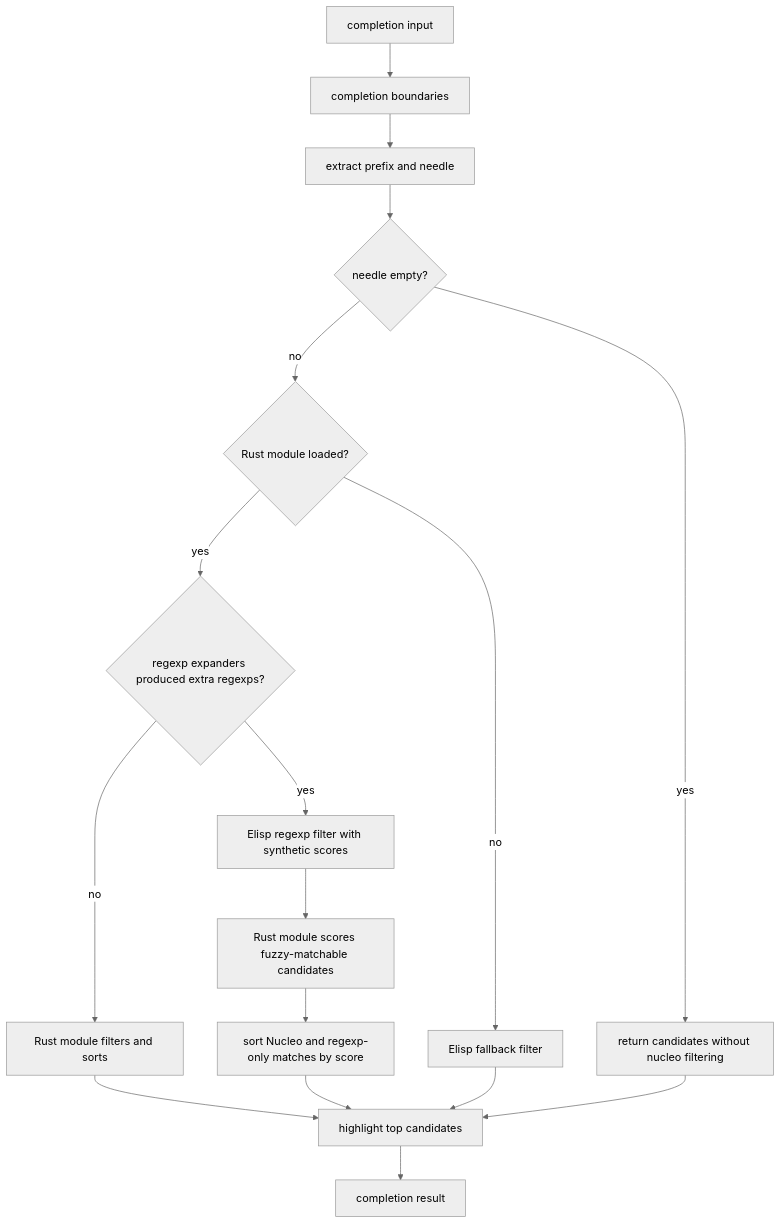
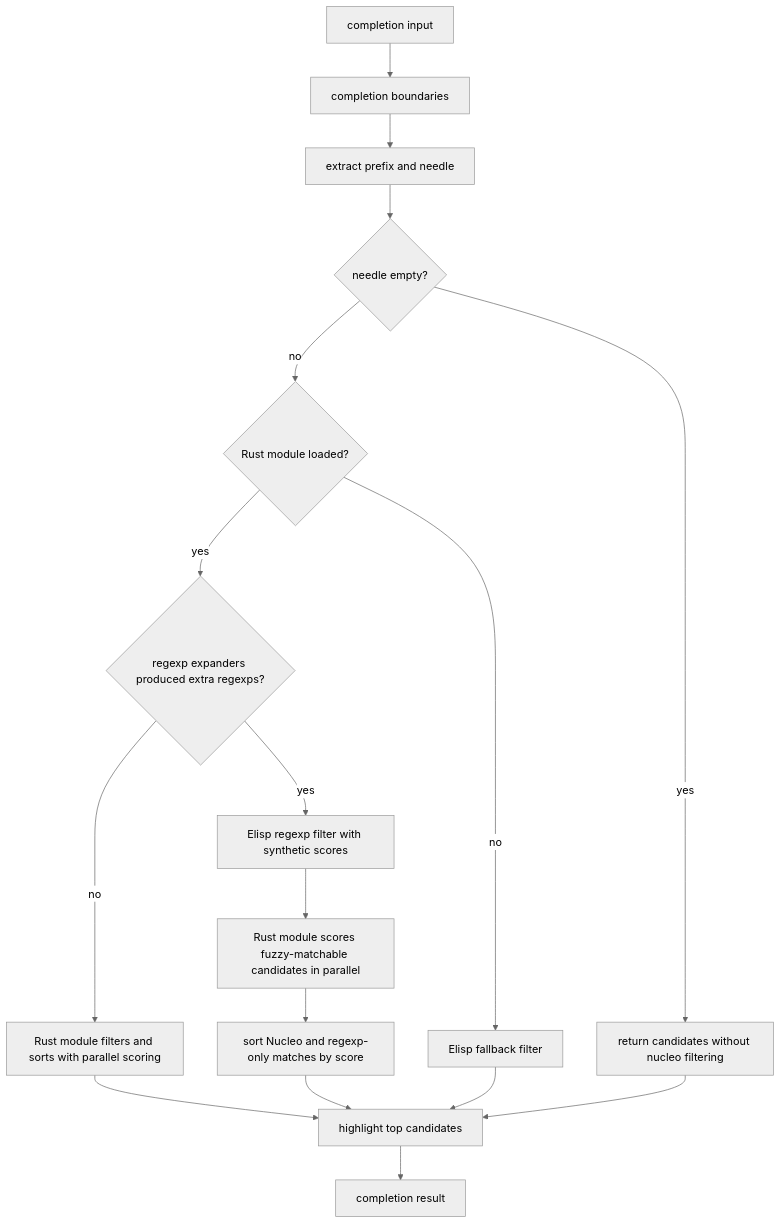
Before and after one commit to kn66/nucleo-completion.el: the diagram in spec/nucleo-completion.org, drawn with Mermaid (neutral theme). The commit also changed other lines of this file and 2 other files, not shown here.

Commit message:
Improve Rust module filtering performance

```diff
--- a/spec/nucleo-completion.org
+++ b/spec/nucleo-completion.org
@@ -109,19 +109,19 @@
 #+begin_src mermaid
   flowchart TD
       A[completion input] --> B[completion boundaries]
       B --> C[extract prefix and needle]
       C --> D{needle empty?}
       D -->|yes| E[return candidates without nucleo filtering]
       D -->|no| F{Rust module loaded?}
       F -->|yes| G{regexp expanders produced extra regexps?}
       G -->|yes| H[Elisp regexp filter with synthetic scores]
-      H --> I[Rust module scores fuzzy-matchable candidates]
+      H --> I[Rust module scores fuzzy-matchable candidates in parallel]
       I --> J[sort Nucleo and regexp-only matches by score]
-      G -->|no| K[Rust module filters and sorts]
+      G -->|no| K[Rust module filters and sorts with parallel scoring]
       F -->|no| L[Elisp fallback filter]
       K --> M[highlight top candidates]
       J --> M
       L --> M
       E --> M
       M --> N[completion result]
 #+end_src
```
